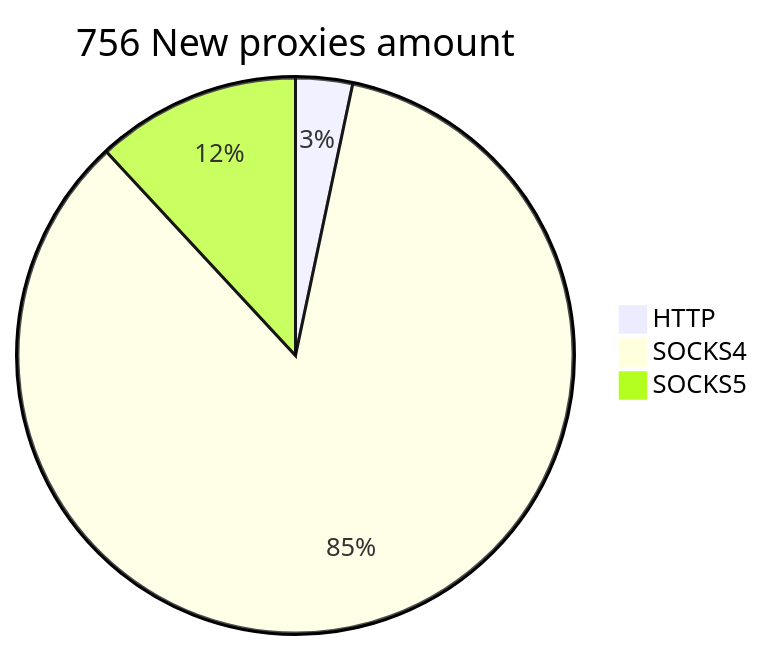
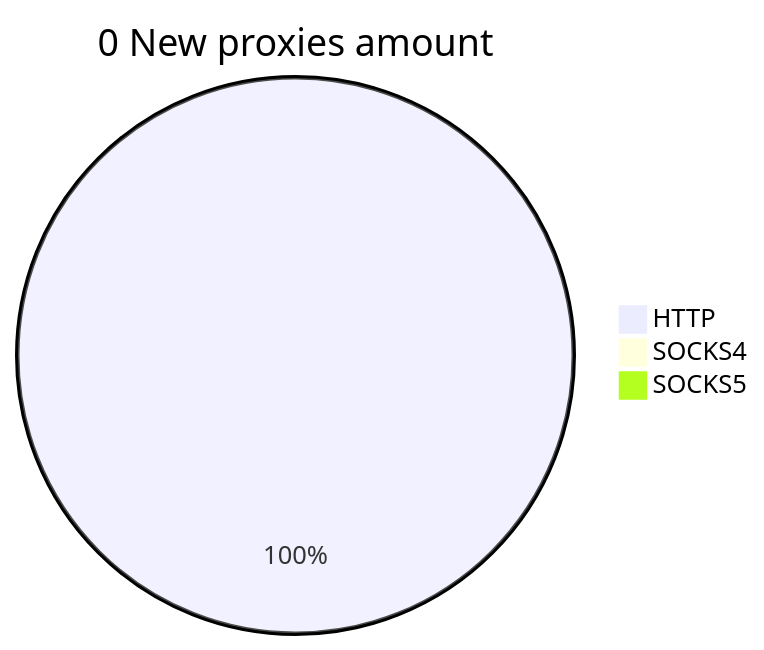
Before and after one commit to cutipu/proxylist: the second of 2 diagrams in README.md, drawn with Mermaid. The commit also changed other lines of this file, not shown here.

````diff
--- a/README.md
+++ b/README.md
@@ -10,6 +10,6 @@
 ```mermaid
-pie title 756 New proxies amount
-    "HTTP" : 25
-    "SOCKS4" : 641
-    "SOCKS5" : 90
+pie title 0 New proxies amount
+    "HTTP" : 2
+    "SOCKS4" : 0
+    "SOCKS5" : 0
 ```
````
